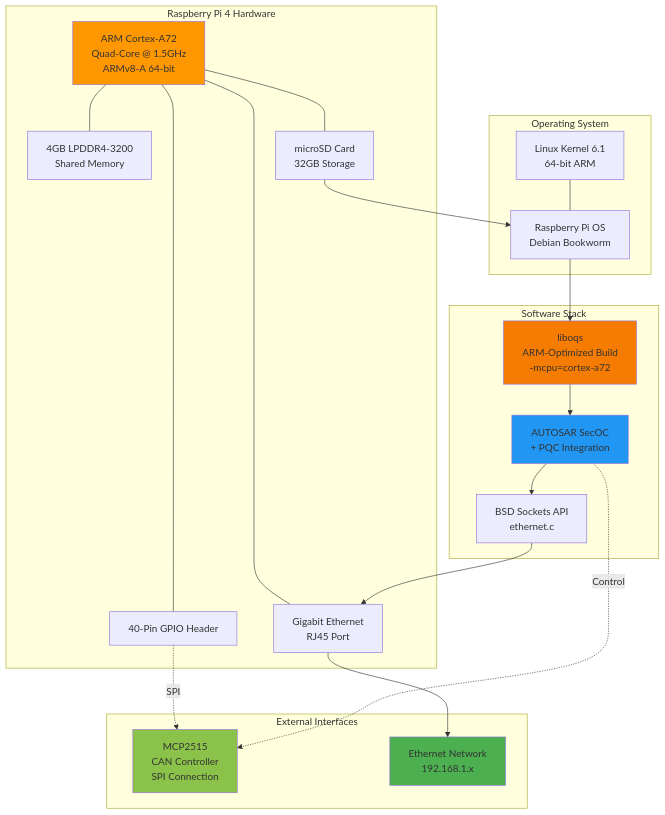
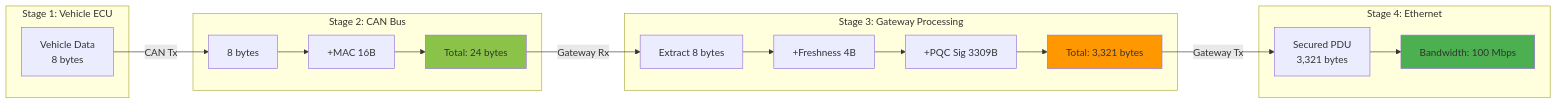
One commit to longluubao/computer_engineering_project changed diagram 11 of 15 in Autosar_SecOC/DIAGRAMS.md. Above: the diagram before and after it, drawn with Mermaid. The commit also changed other lines of this file and 41 other files, not shown here.

First line of the commit message:
Update diagrams and documentation for PQC Ethernet gateway

````diff
--- a/Autosar_SecOC/DIAGRAMS.md
+++ b/Autosar_SecOC/DIAGRAMS.md
@@ -579,50 +491,41 @@
 ```mermaid
-graph TB
-    subgraph "Raspberry Pi 4 Hardware"
-        CPU[ARM Cortex-A72<br/>Quad-Core @ 1.5GHz<br/>ARMv8-A 64-bit]
-        RAM[4GB LPDDR4-3200<br/>Shared Memory]
-        ETH_HW[Gigabit Ethernet<br/>RJ45 Port]
-        GPIO[40-Pin GPIO Header]
-        SD[microSD Card<br/>32GB Storage]
-
-        CPU --- RAM
-        CPU --- ETH_HW
-        CPU --- GPIO
-        CPU --- SD
+graph LR
+    subgraph "Stage 1: Vehicle ECU"
+        VEH_DATA[Vehicle Data<br/>8 bytes]
     end
 
-    subgraph "Operating System"
-        KERNEL[Linux Kernel 6.1<br/>64-bit ARM]
-        OS[Raspberry Pi OS<br/>Debian Bookworm]
+    subgraph "Stage 2: CAN Bus"
+        CAN_DATA[8 bytes]
+        CAN_MAC[+MAC 16B]
+        CAN_TOTAL[Total: 24 bytes]
 
-        KERNEL --- OS
+        CAN_DATA --> CAN_MAC
+        CAN_MAC --> CAN_TOTAL
     end
 
-    subgraph "Software Stack"
-        LIBOQS_ARM[liboqs<br/>ARM-Optimized Build<br/>-mcpu=cortex-a72]
-        AUTOSAR_APP[AUTOSAR SecOC<br/>+ PQC Integration]
-        SOCKET_API[BSD Sockets API<br/>ethernet.c]
+    subgraph "Stage 3: Gateway Processing"
+        GW_EXTRACT[Extract 8 bytes]
+        GW_FV[+Freshness 4B]
+        GW_SIGN[+PQC Sig 3309B]
+        GW_TOTAL[Total: 3,321 bytes]
 
-        LIBOQS_ARM --> AUTOSAR_APP
-        AUTOSAR_APP --> SOCKET_API
+        GW_EXTRACT --> GW_FV
+        GW_FV --> GW_SIGN
+        GW_SIGN --> GW_TOTAL
     end
 
-    subgraph "External Interfaces"
-        CAN_MODULE[MCP2515<br/>CAN Controller<br/>SPI Connection]
-        ETH_NET[Ethernet Network<br/>192.168.1.x]
+    subgraph "Stage 4: Ethernet"
+        ETH_PDU[Secured PDU<br/>3,321 bytes]
+        ETH_BW[Bandwidth: 100 Mbps]
 
-        GPIO -.->|SPI| CAN_MODULE
-        ETH_HW --> ETH_NET
+        ETH_PDU --> ETH_BW
     end
 
-    SD --> OS
-    OS --> LIBOQS_ARM
-    SOCKET_API --> ETH_HW
-    AUTOSAR_APP -.->|Control| CAN_MODULE
+    VEH_DATA -->|CAN Tx| CAN_DATA
+    CAN_TOTAL -->|Gateway Rx| GW_EXTRACT
+    GW_TOTAL -->|Gateway Tx| ETH_PDU
 
-    style CPU fill:#ff9800
-    style LIBOQS_ARM fill:#f57c00
-    style AUTOSAR_APP fill:#2196f3
-    style CAN_MODULE fill:#8bc34a
-    style ETH_NET fill:#4caf50
+    style CAN_TOTAL fill:#8bc34a
+    style GW_TOTAL fill:#ff9800
+    style ETH_BW fill:#4caf50
 ```
````
